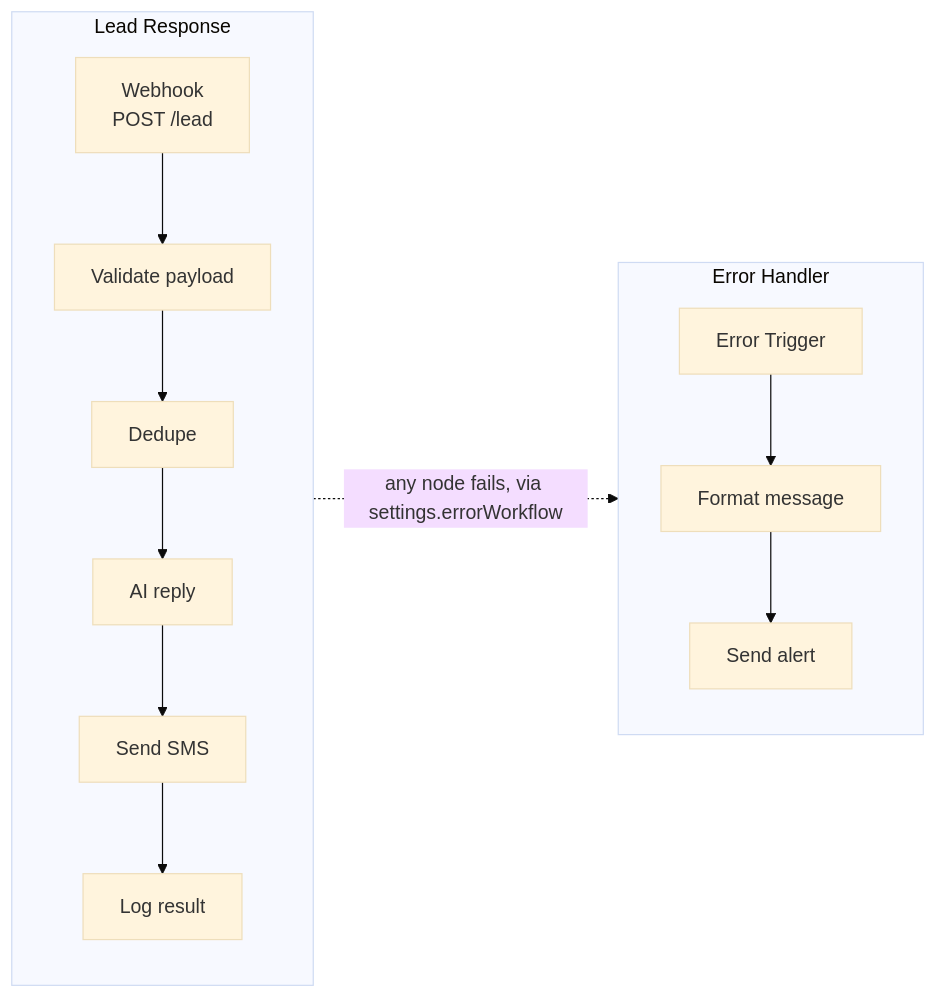
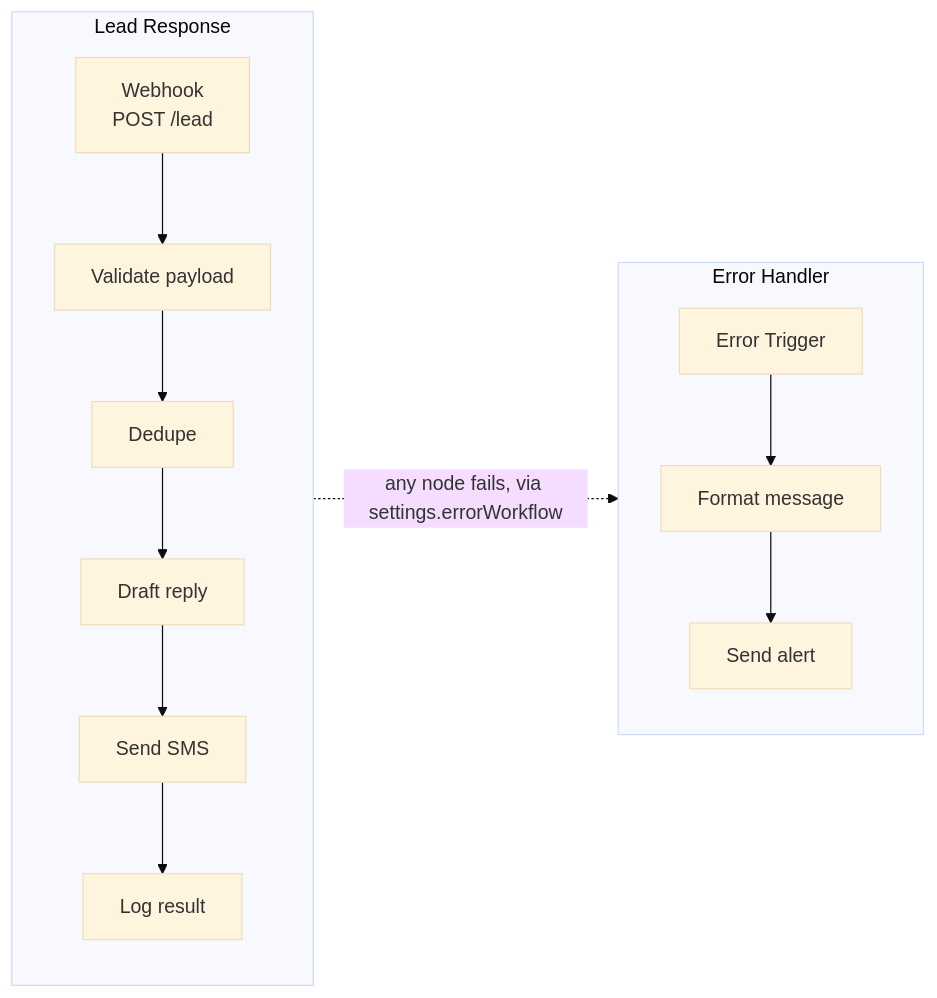
The diagram in README.md (majkyl76/n8n-lead-response-demo), drawn with Mermaid (base theme) before and after one commit. The commit also changed other lines of this file, not shown here.

````diff
--- a/README.md
+++ b/README.md
@@ -29,15 +36,15 @@
 ```mermaid
 flowchart LR
     subgraph LR1["Lead Response"]
         A["Webhook<br/>POST /lead"] --> B["Validate payload"]
         B --> C["Dedupe"]
-        C --> D["AI reply"]
+        C --> D["Draft reply"]
         D --> E["Send SMS"]
         E --> F["Log result"]
     end
     subgraph EH1["Error Handler"]
         G["Error Trigger"] --> H["Format message"]
         H --> I["Send alert"]
     end
     LR1 -.->|any node fails, via settings.errorWorkflow| EH1
 ```
````
